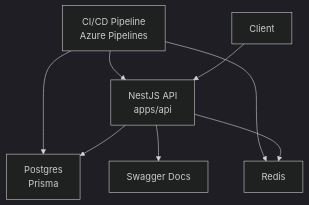
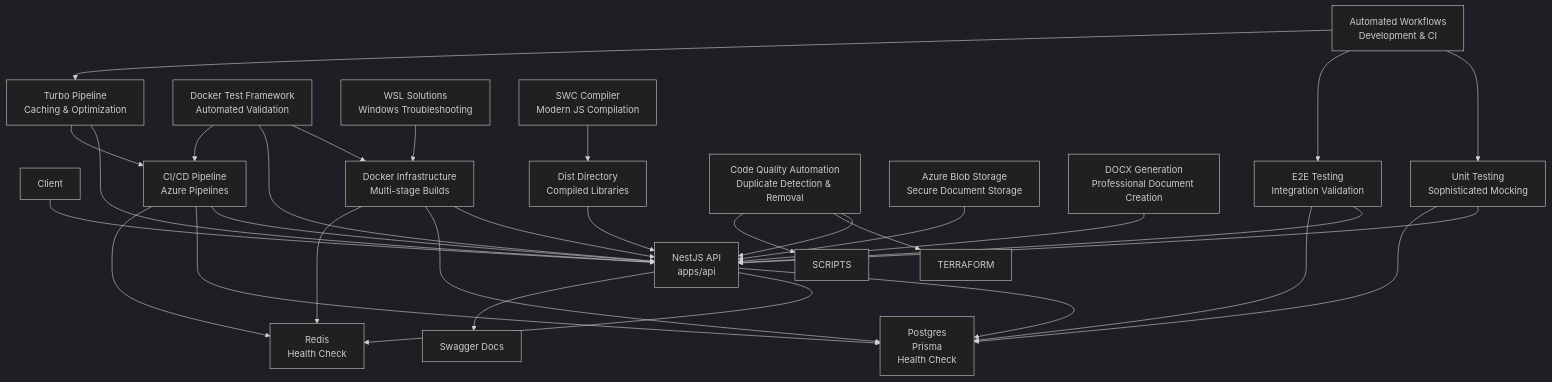
The second of 3 diagrams in .qoder/repowiki/en/content/Development Guidelines.md (Avi-Bendetsky/Quiz-to-build), drawn with Mermaid (dark theme) before and after one commit. The commit also changed other lines of this file and 41 other files, not shown here.

````diff
--- a/.qoder/repowiki/en/content/Development Guidelines.md
+++ b/.qoder/repowiki/en/content/Development Guidelines.md
@@ -139,16 +234,51 @@
 ```mermaid
 graph TB
 Client["Client"]
 API["NestJS API<br/>apps/api"]
-DB["Postgres<br/>Prisma"]
-CACHE["Redis"]
+DB["Postgres<br/>Prisma<br/>Health Check"]
+CACHE["Redis<br/>Health Check"]
 SWAGGER["Swagger Docs"]
 CI["CI/CD Pipeline<br/>Azure Pipelines"]
+TURBO["Turbo Pipeline<br/>Caching & Optimization"]
+DOCKER["Docker Infrastructure<br/>Multi-stage Builds"]
+TEST["Docker Test Framework<br/>Automated Validation"]
+UNIT["Unit Testing<br/>Sophisticated Mocking"]
+E2E["E2E Testing<br/>Integration Validation"]
+AUTOMATED["Automated Workflows<br/>Development & CI"]
+WSL["WSL Solutions<br/>Windows Troubleshooting"]
+SWC["SWC Compiler<br/>Modern JS Compilation"]
+DIST["Dist Directory<br/>Compiled Libraries"]
+CODEQUALITY["Code Quality Automation<br/>Duplicate Detection & Removal"]
+AZURE["Azure Blob Storage<br/>Secure Document Storage"]
+DOCX["DOCX Generation<br/>Professional Document Creation"]
 Client --> API
 API --> DB
 API --> CACHE
 API --> SWAGGER
 CI --> API
 CI --> DB
 CI --> CACHE
+TURBO --> API
+TURBO --> CI
+DOCKER --> API
+DOCKER --> DB
+DOCKER --> CACHE
+TEST --> DOCKER
+TEST --> API
+TEST --> CI
+UNIT --> API
+UNIT --> DB
+E2E --> API
+E2E --> DB
+AUTOMATED --> UNIT
+AUTOMATED --> E2E
+AUTOMATED --> TURBO
+WSL --> DOCKER
+SWC --> DIST
+DIST --> API
+CODEQUALITY --> API
+CODEQUALITY --> TERRAFORM
+CODEQUALITY --> SCRIPTS
+AZURE --> API
+DOCX --> API
 ```
````
